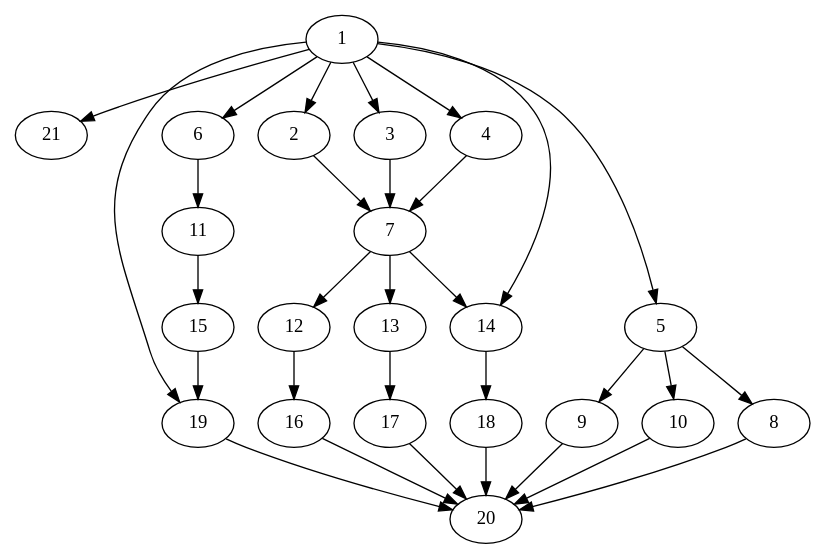
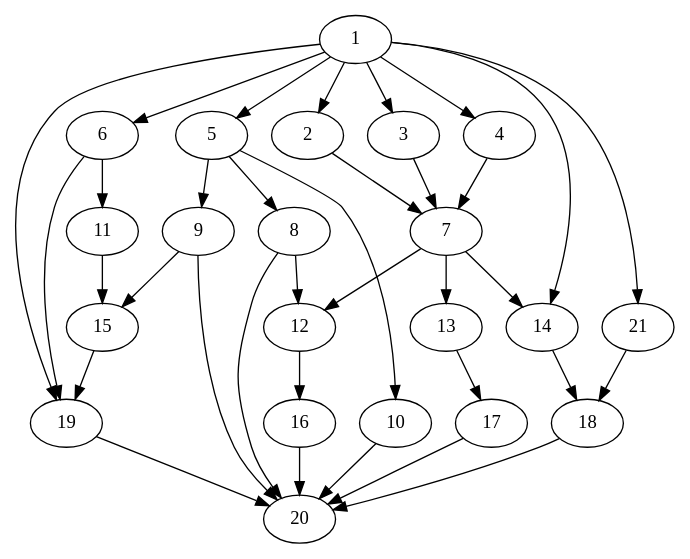
Before and after one commit to kmandelbaum/yagvis: the diagram in data/1.dot, drawn with Graphviz. The commit also changed 3 other files, not shown here.

```diff
--- a/data/1.dot
+++ b/data/1.dot
@@ -1,32 +1,36 @@
 digraph graph2 {
+    6 -> 19
+    8 -> 12
     1 -> 21
     1 -> 2
     1 -> 3
     1 -> 4
     1 -> 5
     1 -> 6
     1 -> 19
     2 -> 7
     3 -> 7
     4 -> 7
     7 -> 12
     7 -> 13
     7 -> 14
     12 -> 16
     13 -> 17
     14 -> 18
     16 -> 20
     17 -> 20
     18 -> 20
     5 -> 9
     5 -> 10 
     5 -> 8
     8 -> 20
     9 -> 20
     10 -> 20
     6 -> 11
     11 -> 15
     15 -> 19
     19 -> 20
     1 -> 14
+    9 -> 15
+    21 -> 18
 }
```
